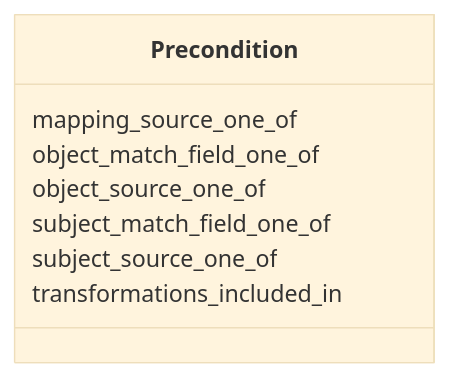
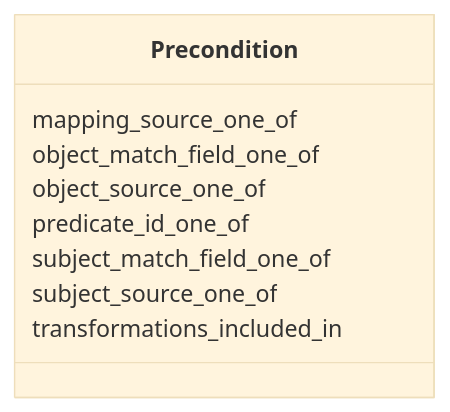
Before and after one commit to INCATools/ontology-access-kit: the diagram in mapping-rules/Precondition.md, drawn with Mermaid (base theme). The commit also changed other lines of this file and 43 other files, not shown here.

````diff
--- a/mapping-rules/Precondition.md
+++ b/mapping-rules/Precondition.md
@@ -11,17 +11,19 @@
 ```{mermaid}
  classDiagram
     class Precondition
       Precondition : mapping_source_one_of
         
       Precondition : object_match_field_one_of
         
       Precondition : object_source_one_of
         
+      Precondition : predicate_id_one_of
+        
       Precondition : subject_match_field_one_of
         
       Precondition : subject_source_one_of
         
       Precondition : transformations_included_in
         
       
 ```
````
